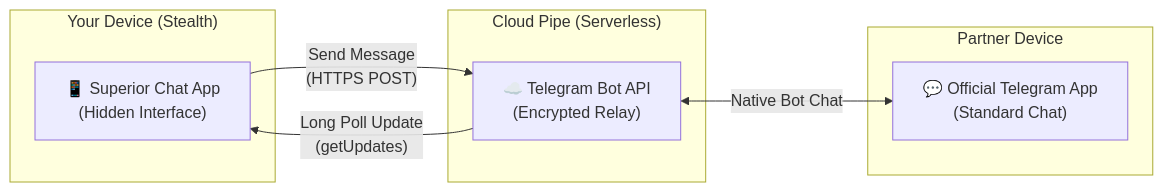
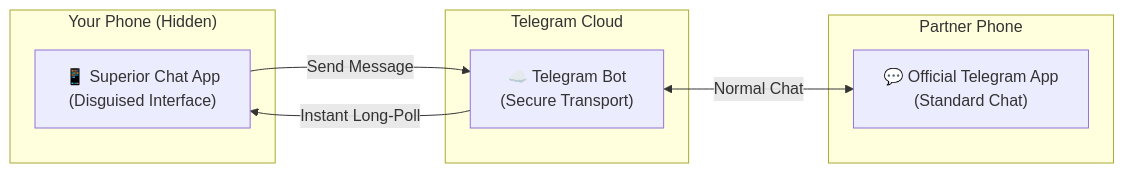
The first of 2 diagrams in README.md (sandeshsahu/superiorchat), drawn with Mermaid before and after one commit. The commit also changed other lines of this file and 20 other files, not shown here.

First line of the commit message:
Version 1.0.4 Documentation Overhaul, Dual-Mode Setup Guides, and Architecture Realignment

````diff
--- a/README.md
+++ b/README.md
@@ -76,18 +81,18 @@
 ```mermaid
 graph LR
-    subgraph "Your Device (Stealth)"
-        A["📱 Superior Chat App<br/>(Hidden Interface)"]
+    subgraph "Your Phone (Hidden)"
+        A["📱 Superior Chat App<br/>(Disguised Interface)"]
     end
 
-    subgraph "Cloud Pipe (Serverless)"
-        T["☁️ Telegram Bot API<br/>(Encrypted Relay)"]
+    subgraph "Telegram Cloud"
+        T["☁️ Telegram Bot<br/>(Secure Transport)"]
     end
 
-    subgraph "Partner Device"
+    subgraph "Partner Phone"
         B["💬 Official Telegram App<br/>(Standard Chat)"]
     end
 
-    A -->|"Send Message<br/>(HTTPS POST)"| T
-    T -->|"Long Poll Update<br/>(getUpdates)"| A
-    T <-->|"Native Bot Chat"| B
+    A -->|"Send Message"| T
+    T -->|"Instant Long-Poll"| A
+    T <-->|"Normal Chat"| B
 ```
````
